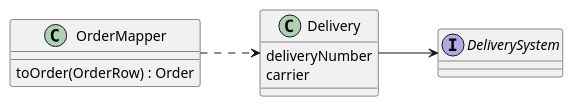
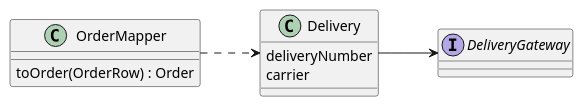
The fourth of 5 diagrams in courses/ooad/sessions/s11.md (YoungSan77/TrainingMaterials), drawn with PlantUML before and after one commit. The commit also changed other lines of this file and 154 other files, not shown here.

````diff
--- a/courses/ooad/sessions/s11.md
+++ b/courses/ooad/sessions/s11.md
@@ -270,15 +270,15 @@
 ```plantuml:class
 @startuml
 left to right direction
 class "OrderMapper" as M {
   toOrder(OrderRow) : Order
 }
 class "Delivery" as D {
   deliveryNumber
   carrier
 }
-interface "DeliverySystem" as DS
+interface "DeliveryGateway" as DS
 M ..> D
 D --> DS
 @enduml
 ```
````
